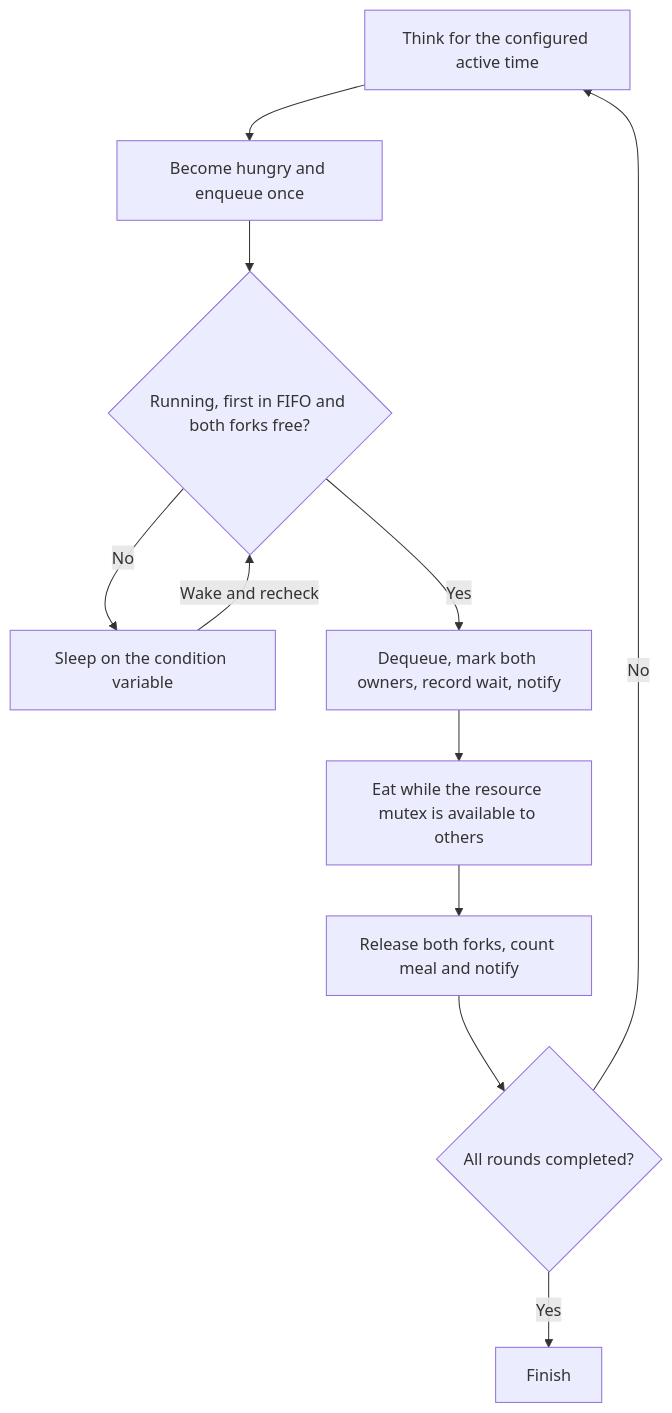
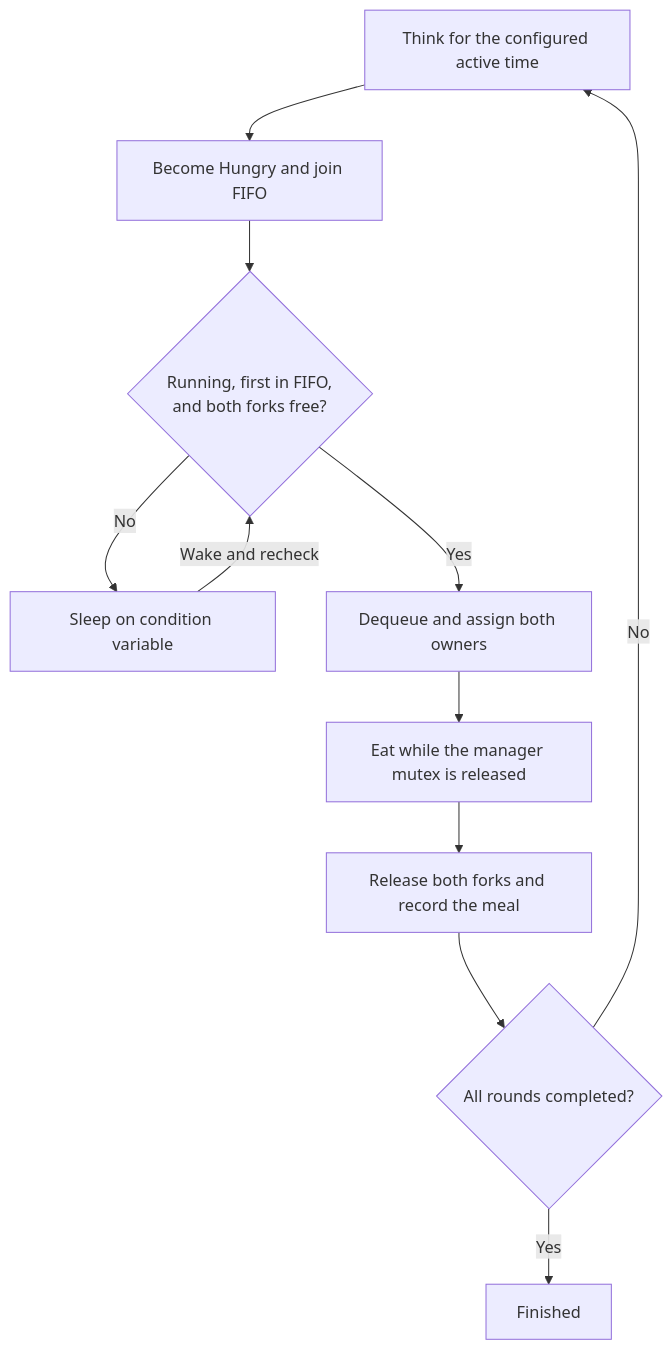
The third of 3 diagrams in README.md (karthikbs01/dining-philosophers-simulator), drawn with Mermaid before and after one commit. The commit also changed other lines of this file and 2 other files, not shown here.

````diff
--- a/README.md
+++ b/README.md
@@ -115,13 +205,13 @@
-~~~mermaid
+```mermaid
 flowchart TD
-    A["Think for the configured active time"] --> B["Become hungry and enqueue once"]
-    B --> C{"Running, first in FIFO and both forks free?"}
-    C -->|No| D["Sleep on the condition variable"]
+    A[Think for the configured active time] --> B[Become Hungry and join FIFO]
+    B --> C{Running, first in FIFO,<br/>and both forks free?}
+    C -->|No| D[Sleep on condition variable]
     D -->|Wake and recheck| C
-    C -->|Yes| E["Dequeue, mark both owners, record wait, notify"]
-    E --> F["Eat while the resource mutex is available to others"]
-    F --> G["Release both forks, count meal and notify"]
-    G --> H{"All rounds completed?"}
+    C -->|Yes| E[Dequeue and assign both owners]
+    E --> F[Eat while the manager mutex is released]
+    F --> G[Release both forks and record the meal]
+    G --> H{All rounds completed?}
     H -->|No| A
-    H -->|Yes| I["Finish"]
-~~~
+    H -->|Yes| I[Finished]
+```
````
